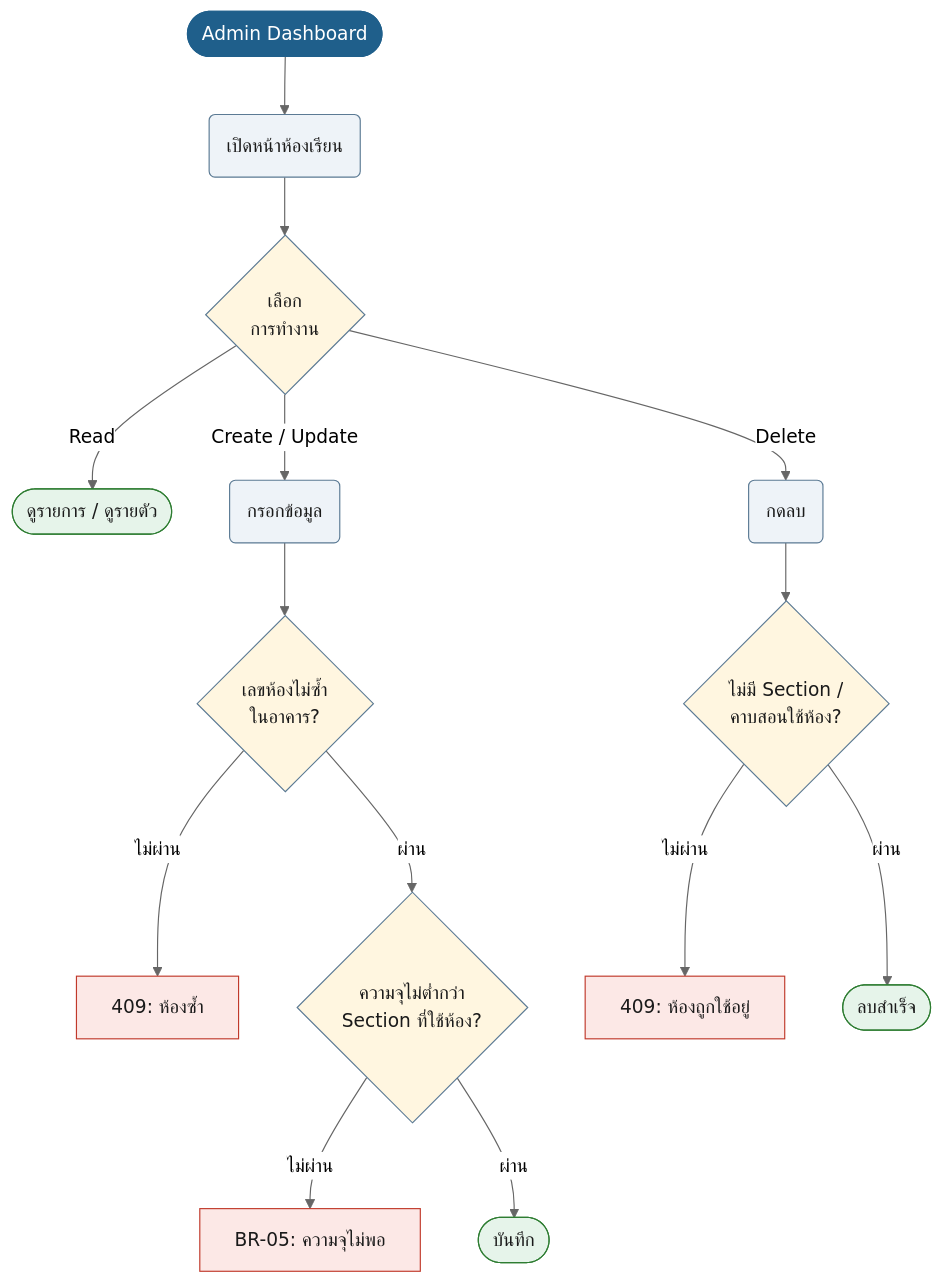
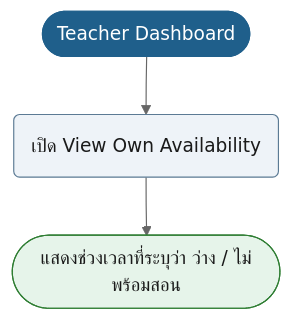
One commit to synthesixer/AcadOS changed diagram 15 of 49 in doc/userflow.md. Above: the diagram before and after it, drawn with Mermaid (neutral theme). The commit also changed other lines of this file and 1 other file, not shown here.

````diff
--- a/doc/userflow.md
+++ b/doc/userflow.md
@@ -502,36 +540,14 @@
 ```mermaid
 flowchart TD
-    n1(["Admin Dashboard"]):::start
-    n2("เปิดหน้าห้องเรียน"):::act
+    n1(["Teacher Dashboard"]):::start
+    n2("เปิด View Own Availability"):::act
+    n3(["แสดงช่วงเวลาที่ระบุว่า ว่าง / ไม่พร้อมสอน"]):::ok
     n1 --> n2
-    n3{"เลือก<br/>การทำงาน"}:::dec
     n2 --> n3
-    n4(["ดูรายการ / ดูรายตัว"]):::ok
-    n3 -->|Read| n4
-    n5("กรอกข้อมูล"):::act
-    n3 -->|Create / Update| n5
-    n6{"เลขห้องไม่ซ้ำ<br/>ในอาคาร?"}:::dec
-    n5 --> n6
-    n7["409: ห้องซ้ำ"]:::bad
-    n6 -->|ไม่ผ่าน| n7
-    n8{"ความจุไม่ต่ำกว่า<br/>Section ที่ใช้ห้อง?"}:::dec
-    n6 -->|ผ่าน| n8
-    n9["BR-05: ความจุไม่พอ"]:::bad
-    n8 -->|ไม่ผ่าน| n9
-    n10(["บันทึก"]):::ok
-    n8 -->|ผ่าน| n10
-    n11("กดลบ"):::act
-    n3 -->|Delete| n11
-    n12{"ไม่มี Section /<br/>คาบสอนใช้ห้อง?"}:::dec
-    n11 --> n12
-    n13["409: ห้องถูกใช้อยู่"]:::bad
-    n12 -->|ไม่ผ่าน| n13
-    n14(["ลบสำเร็จ"]):::ok
-    n12 -->|ผ่าน| n14
     classDef start fill:#1F5F8B,stroke:#1F5F8B,color:#fff
     classDef act fill:#EEF3F8,stroke:#5B7A94,color:#1a1a1a
     classDef dec fill:#FFF6E0,stroke:#5B7A94,color:#1a1a1a
     classDef bad fill:#FCE8E6,stroke:#C0392B,color:#1a1a1a
     classDef ok fill:#E6F4EA,stroke:#2E7D32,color:#1a1a1a
     classDef note fill:#F4F4F4,stroke:#999,color:#1a1a1a
 ```
````
